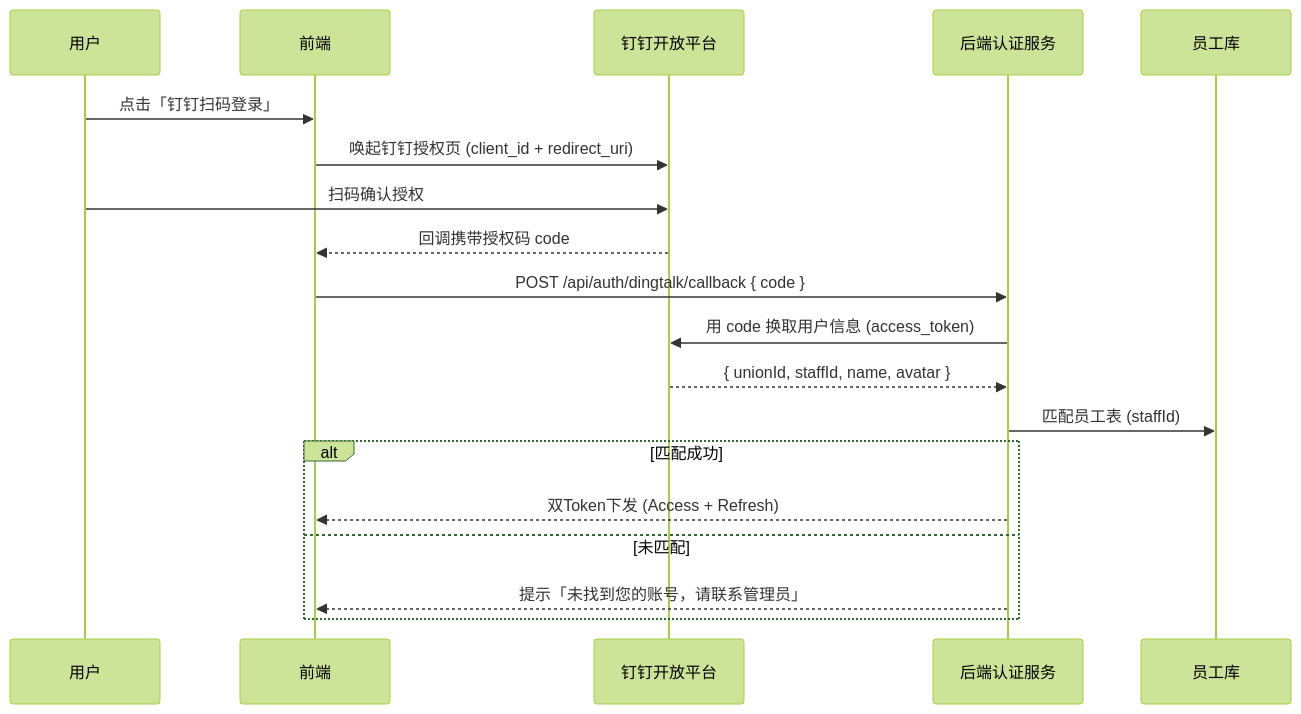
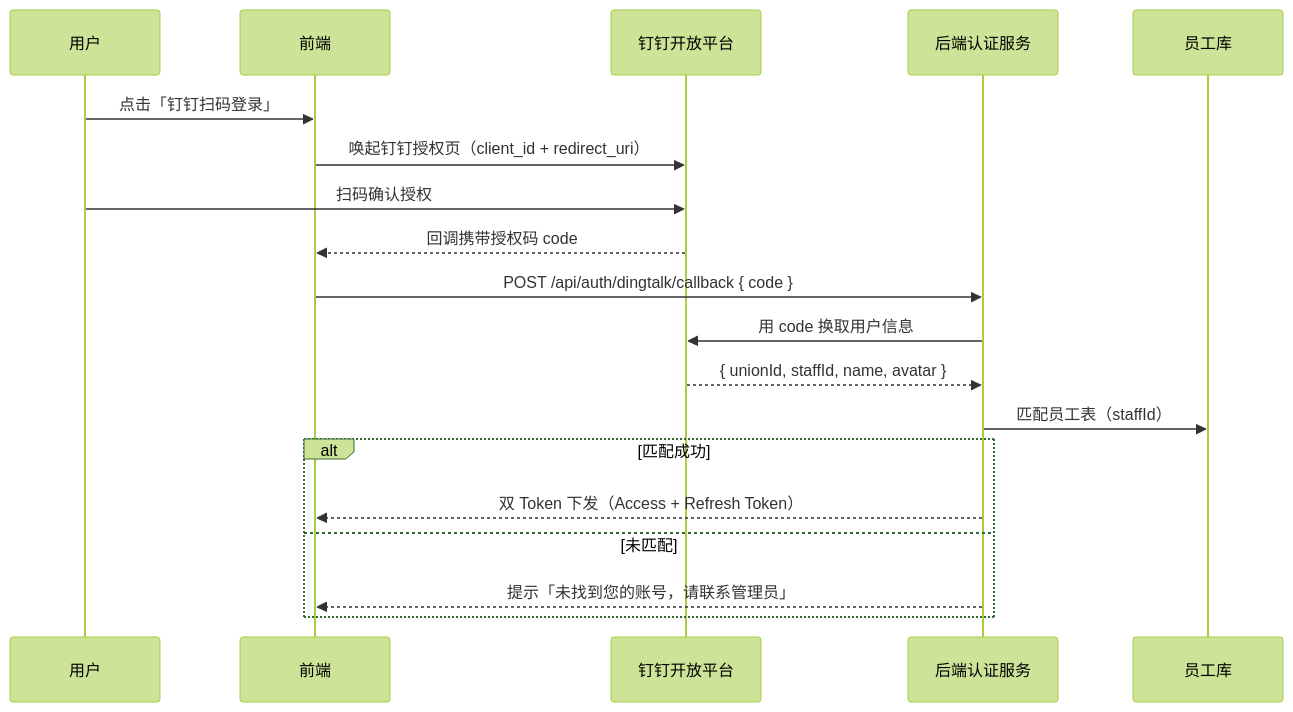
Before and after one commit to fri555/PORTL: diagram 17 of 24 in docs/需求文档/AI工作门户-MVP-PRD.md, drawn with Mermaid (forest theme). The commit also changed other lines of this file and 55 other files, not shown here.

````diff
--- a/docs/需求文档/AI工作门户-MVP-PRD.md
+++ b/docs/需求文档/AI工作门户-MVP-PRD.md
@@ -855,22 +1653,22 @@
 ```mermaid
 sequenceDiagram
     participant User as 用户
     participant FE as 前端
-    participant DingTalk as 钉钉开放平台
+    participant DT as 钉钉开放平台
     participant API as 后端认证服务
     participant DB as 员工库
 
     User->>FE: 点击「钉钉扫码登录」
-    FE->>DingTalk: 唤起钉钉授权页 (client_id + redirect_uri)
-    User->>DingTalk: 扫码确认授权
-    DingTalk-->>FE: 回调携带授权码 code
+    FE->>DT: 唤起钉钉授权页（client_id + redirect_uri）
+    User->>DT: 扫码确认授权
+    DT-->>FE: 回调携带授权码 code
     FE->>API: POST /api/auth/dingtalk/callback { code }
-    API->>DingTalk: 用 code 换取用户信息 (access_token)
-    DingTalk-->>API: { unionId, staffId, name, avatar }
-    API->>DB: 匹配员工表 (staffId)
+    API->>DT: 用 code 换取用户信息
+    DT-->>API: { unionId, staffId, name, avatar }
+    API->>DB: 匹配员工表（staffId）
     alt 匹配成功
-        API-->>FE: 双Token下发 (Access + Refresh)
+        API-->>FE: 双 Token 下发（Access + Refresh Token）
     else 未匹配
         API-->>FE: 提示「未找到您的账号，请联系管理员」
     end
 ```
````
